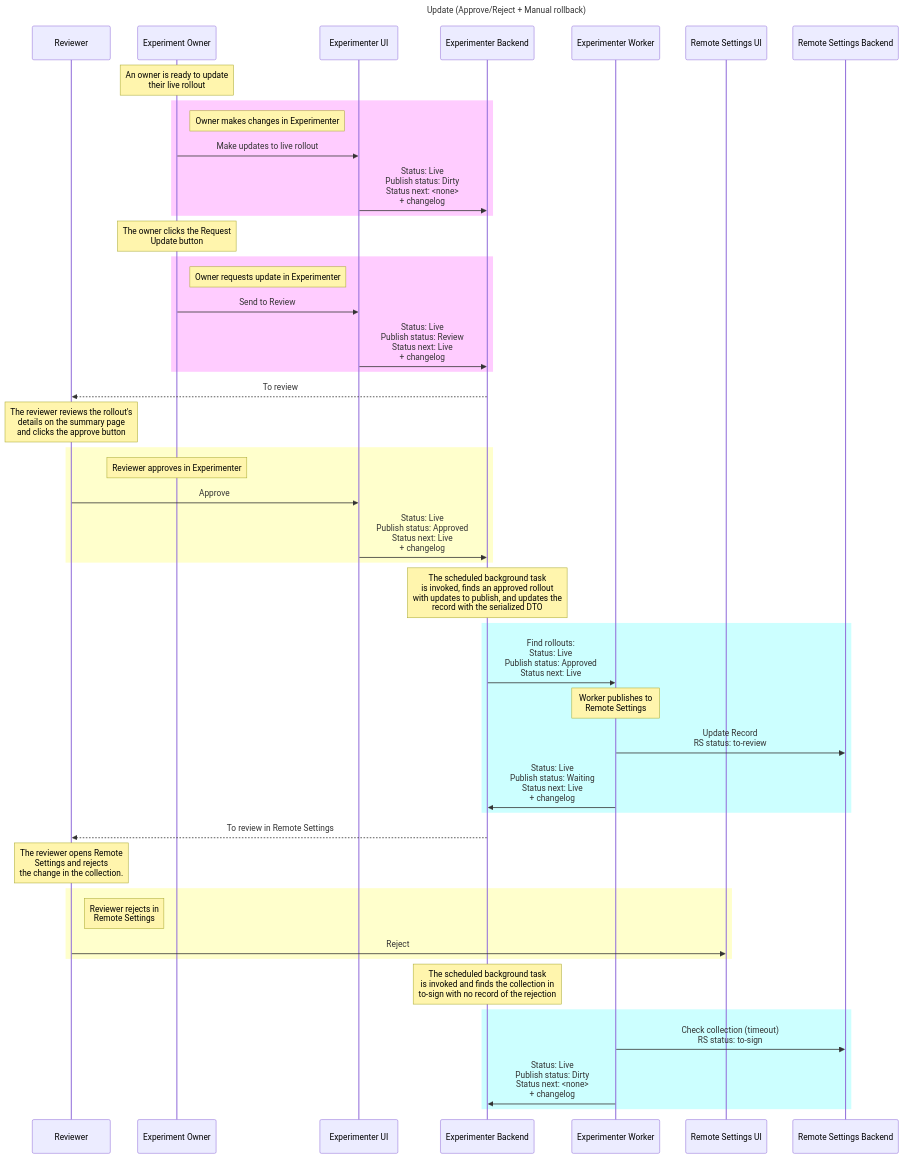
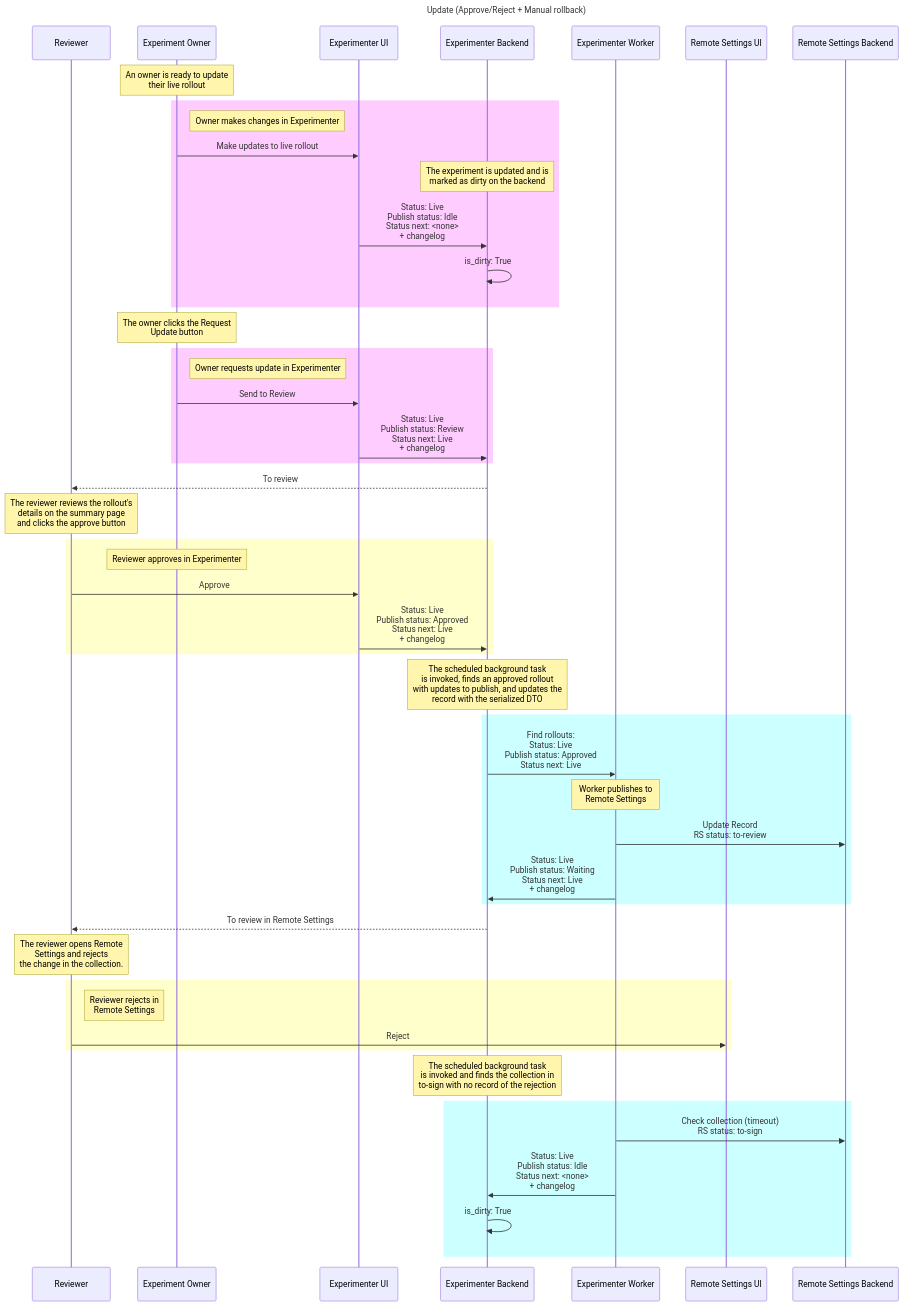
Diagram 11 of 22 in docs/experimenter/README.md (mozilla/experimenter), drawn with Mermaid before and after one commit. The commit also changed other lines of this file and 2 other files, not shown here.

First line of the commit message:
For #8559 docs(nimbus): Update state and sequence diagrams to use is_dirty flag (#8669)

````diff
--- a/docs/experimenter/README.md
+++ b/docs/experimenter/README.md
@@ -639,63 +646,66 @@
 ```mermaid
   sequenceDiagram
     participant Reviewer
     participant Experiment Owner
     participant Experimenter UI
     participant Experimenter Backend
     participant Experimenter Worker
     participant Remote Settings UI
     participant Remote Settings Backend
     title Update (Approve/Reject + Manual rollback)
     
     Note over Experiment Owner: An owner is ready to update <br/> their live rollout
     
     rect rgb(255,204,255) 
         Note right of Experiment Owner: Owner makes changes in Experimenter
         Experiment Owner->>Experimenter UI: Make updates to live rollout
-        Experimenter UI->>Experimenter Backend: Status: Live <br/> Publish status: Dirty <br/> Status next: <none> <br/> + changelog
+        Note over Experimenter Backend: The experiment is updated and is <br/> marked as dirty on the backend
+        Experimenter UI->>Experimenter Backend: Status: Live <br/> Publish status: Idle <br/> Status next: <none>  <br/> + changelog
+        Experimenter Backend->>Experimenter Backend: is_dirty: True 
     end 
 
     Note over Experiment Owner: The owner clicks the Request <br/> Update button
     
     rect rgb(255,204,255) 
         Note right of Experiment Owner: Owner requests update in Experimenter
         Experiment Owner->>Experimenter UI: Send to Review
         Experimenter UI->>Experimenter Backend: Status: Live <br/> Publish status: Review <br/> Status next: Live <br/> + changelog
     end 
     
     Experimenter Backend-->>Reviewer: To review
     Note over Reviewer: The reviewer reviews the rollout's <br/> details on the summary page <br/> and clicks the approve button
     
 
     rect rgb(255,255,204) 
         Note over Experiment Owner: Reviewer approves in Experimenter
         Reviewer->>Experimenter UI: Approve
         Experimenter UI->>Experimenter Backend: Status: Live <br/> Publish status: Approved <br/> Status next: Live <br/> + changelog
     end 
  
     Note over Experimenter Backend: The scheduled background task <br/> is invoked, finds an approved rollout <br/> with updates to publish, and updates the <br/> record with the serialized DTO
     
     rect rgb(204,255,255) 
         Experimenter Backend->>Experimenter Worker: Find rollouts: <br/> Status: Live <br/> Publish status: Approved <br/> Status next: Live
         Note over Experimenter Worker: Worker publishes to <br/>Remote Settings
         Experimenter Worker->>Remote Settings Backend: Update Record <br/> RS status: to-review
         Experimenter Worker->>Experimenter Backend: Status: Live <br/> Publish status: Waiting <br/> Status next: Live <br/> + changelog
     end 
 
     Experimenter Backend-->>Reviewer: To review in Remote Settings
     
     Note over Reviewer: The reviewer opens Remote <br/> Settings and rejects <br/> the change in the collection.
 
     rect rgb(255,255,204) 
         Note right of Reviewer: Reviewer rejects in <br/>Remote Settings
         Reviewer->>Remote Settings UI: Reject
     end 
 
     Note over Experimenter Backend: The scheduled background task <br/> is invoked and finds the collection in <br/> to-sign with no record of the rejection
 
 
     rect rgb(204,255,255) 
         Experimenter Worker->>Remote Settings Backend: Check collection (timeout) <br/> RS status: to-sign
-        Experimenter Worker->>Experimenter Backend:  Status: Live <br/> Publish status: Dirty <br/> Status next: <none> <br/> + changelog
+        Experimenter Worker->>Experimenter Backend:  Status: Live <br/> Publish status: Idle <br/> Status next: <none> <br/> + changelog
+        Experimenter Backend->>Experimenter Backend: is_dirty: True
     end 
 ```
````
